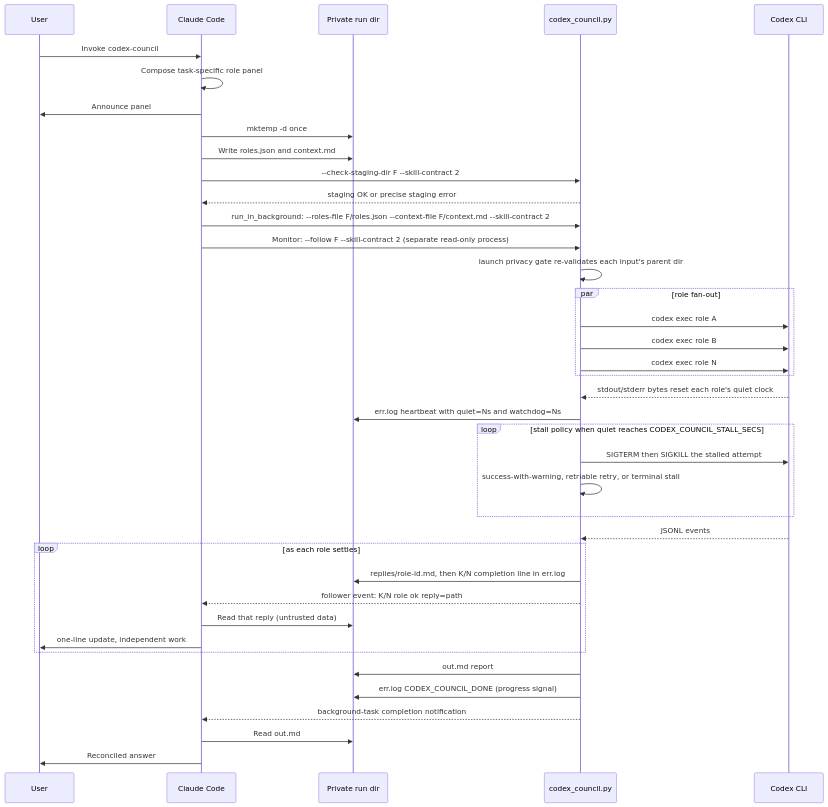
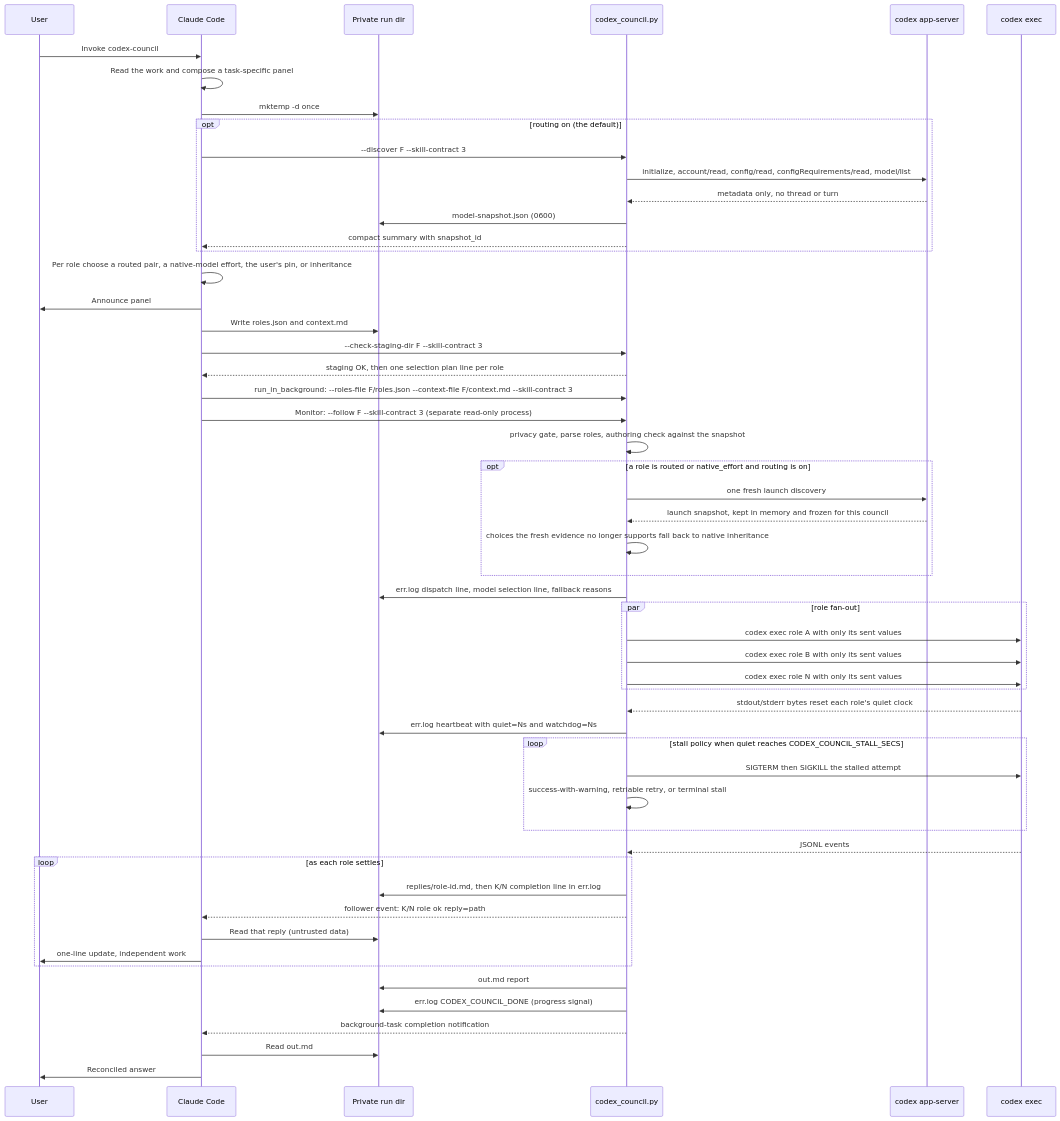
Before and after one commit to ehzawad/codex-council: the second of 3 diagrams in README.md, drawn with Mermaid. The commit also changed other lines of this file and 15 other files, not shown here.

First line of the commit message:
Adaptive per-role model routing grounded in runtime discovery (#10)

````diff
--- a/README.md
+++ b/README.md
@@ -166,42 +203,57 @@
 ```mermaid
 sequenceDiagram
     participant U as User
     participant C as Claude Code
     participant F as Private run dir
     participant S as codex_council.py
-    participant X as Codex CLI
+    participant A as codex app-server
+    participant X as codex exec
 
     U->>C: Invoke codex-council
-    C->>C: Compose task-specific role panel
+    C->>C: Read the work and compose a task-specific panel
+    C->>F: mktemp -d once
+    opt routing on (the default)
+        C->>S: --discover F --skill-contract 3
+        S->>A: initialize, account/read, config/read, configRequirements/read, model/list
+        A-->>S: metadata only, no thread or turn
+        S->>F: model-snapshot.json (0600)
+        S-->>C: compact summary with snapshot_id
+    end
+    C->>C: Per role choose a routed pair, a native-model effort, the user's pin, or inheritance
     C->>U: Announce panel
-    C->>F: mktemp -d once
     C->>F: Write roles.json and context.md
-    C->>S: --check-staging-dir F --skill-contract 2
-    S-->>C: staging OK or precise staging error
-    C->>S: run_in_background: --roles-file F/roles.json --context-file F/context.md --skill-contract 2
-    C->>S: Monitor: --follow F --skill-contract 2 (separate read-only process)
-    S->>S: launch privacy gate re-validates each input's parent dir
+    C->>S: --check-staging-dir F --skill-contract 3
+    S-->>C: staging OK, then one selection plan line per role
+    C->>S: run_in_background: --roles-file F/roles.json --context-file F/context.md --skill-contract 3
+    C->>S: Monitor: --follow F --skill-contract 3 (separate read-only process)
+    S->>S: privacy gate, parse roles, authoring check against the snapshot
+    opt a role is routed or native_effort and routing is on
+        S->>A: one fresh launch discovery
+        A-->>S: launch snapshot, kept in memory and frozen for this council
+        S->>S: choices the fresh evidence no longer supports fall back to native inheritance
+    end
+    S->>F: err.log dispatch line, model selection line, fallback reasons
     par role fan-out
-        S->>X: codex exec role A
-        S->>X: codex exec role B
-        S->>X: codex exec role N
+        S->>X: codex exec role A with only its sent values
+        S->>X: codex exec role B with only its sent values
+        S->>X: codex exec role N with only its sent values
     end
     X-->>S: stdout/stderr bytes reset each role's quiet clock
     S->>F: err.log heartbeat with quiet=Ns and watchdog=Ns
     loop stall policy when quiet reaches CODEX_COUNCIL_STALL_SECS
         S->>X: SIGTERM then SIGKILL the stalled attempt
         S->>S: success-with-warning, retriable retry, or terminal stall
     end
     X-->>S: JSONL events
     loop as each role settles
         S->>F: replies/role-id.md, then K/N completion line in err.log
         S-->>C: follower event: K/N role ok reply=path
         C->>F: Read that reply (untrusted data)
         C->>U: one-line update, independent work
     end
     S->>F: out.md report
     S->>F: err.log CODEX_COUNCIL_DONE (progress signal)
     S-->>C: background-task completion notification
     C->>F: Read out.md
     C->>U: Reconciled answer
 ```
````
